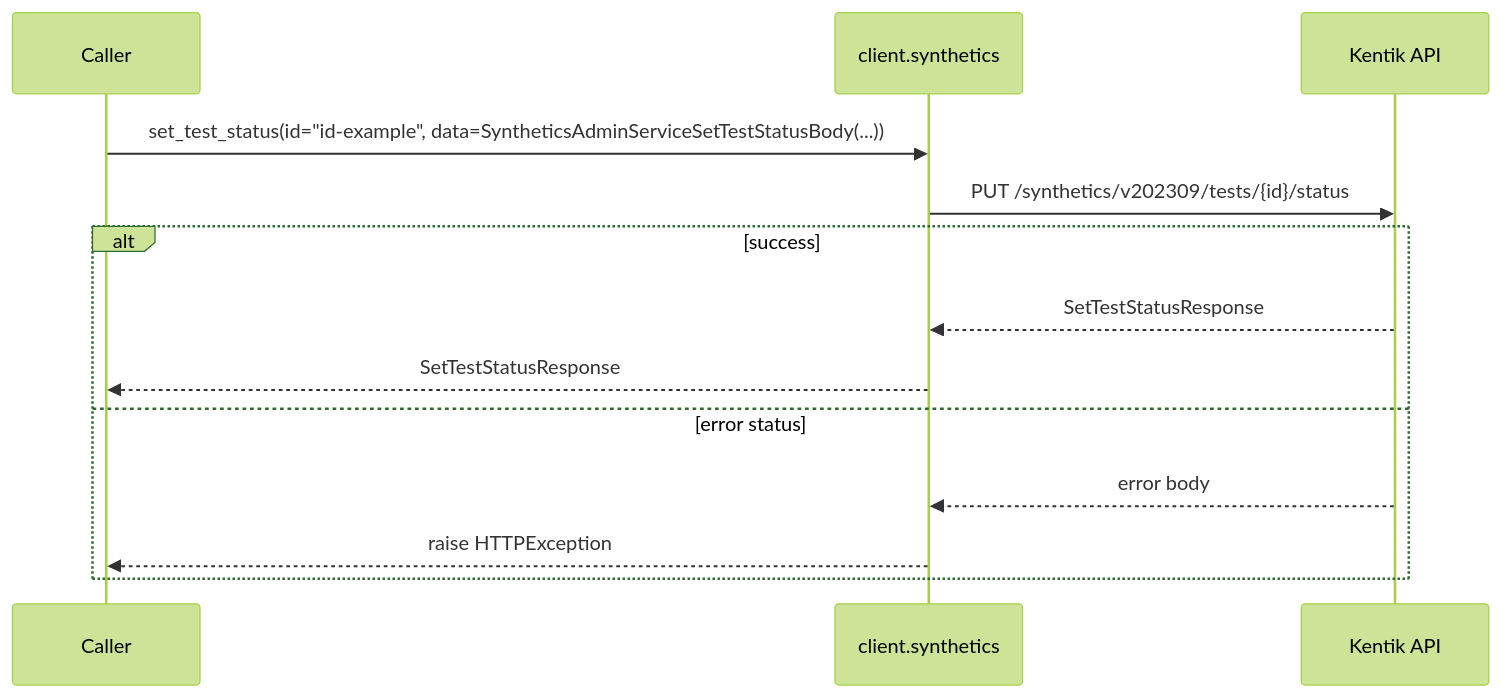
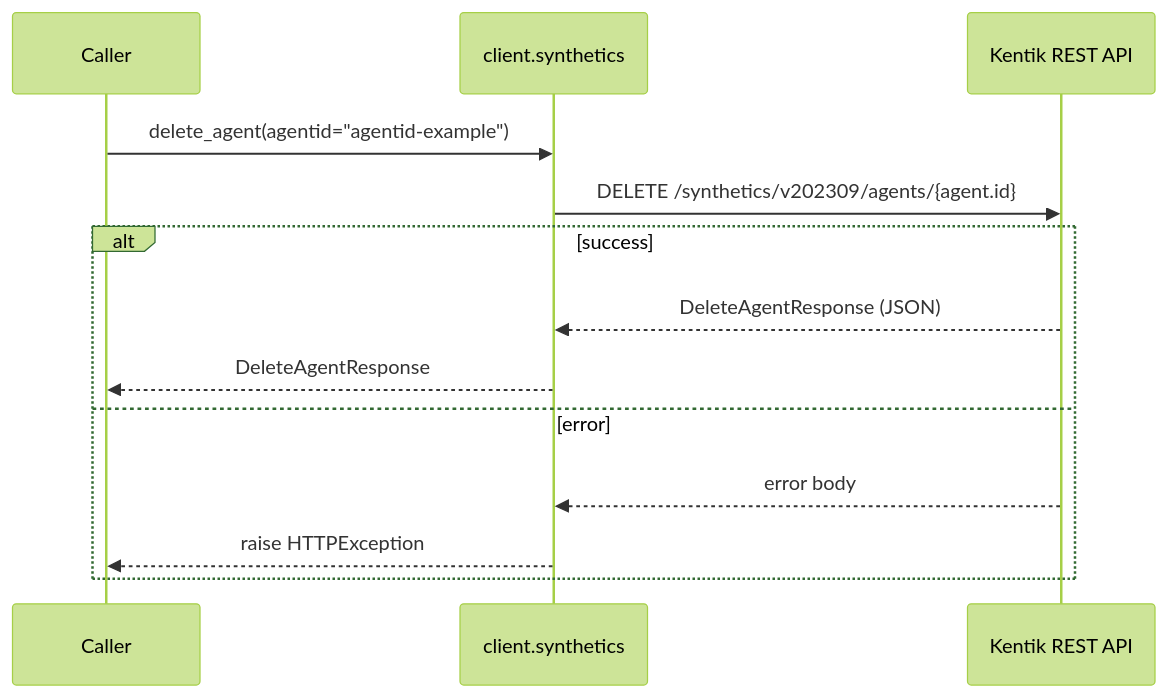
One commit to alexdearaujo/community_sdk_python changed diagram 18 of 38 in docs/sphinx/services/synthetics.md. Above: the diagram before and after it, drawn with Mermaid (forest theme). The commit also changed other lines of this file and 61 other files, not shown here.

````diff
--- a/docs/sphinx/services/synthetics.md
+++ b/docs/sphinx/services/synthetics.md
@@ -721,16 +631,16 @@
 ```mermaid
 sequenceDiagram
     participant C as Caller
     participant W as client.synthetics
-    participant API as Kentik API
+    participant API as Kentik REST API
 
-    C->>W: set_test_status(id="id-example", data=SyntheticsAdminServiceSetTestStatusBody(...))
-    W->>API: PUT /synthetics/v202309/tests/{id}/status
+    C->>W: delete_agent(agentid="agentid-example")
+    W->>API: DELETE /synthetics/v202309/agents/{agent.id}
     alt success
-        API-->>W: SetTestStatusResponse
-        W-->>C: SetTestStatusResponse
-    else error status
+        API-->>W: DeleteAgentResponse (JSON)
+        W-->>C: DeleteAgentResponse
+    else error
         API-->>W: error body
         W-->>C: raise HTTPException
     end
 ```
````
